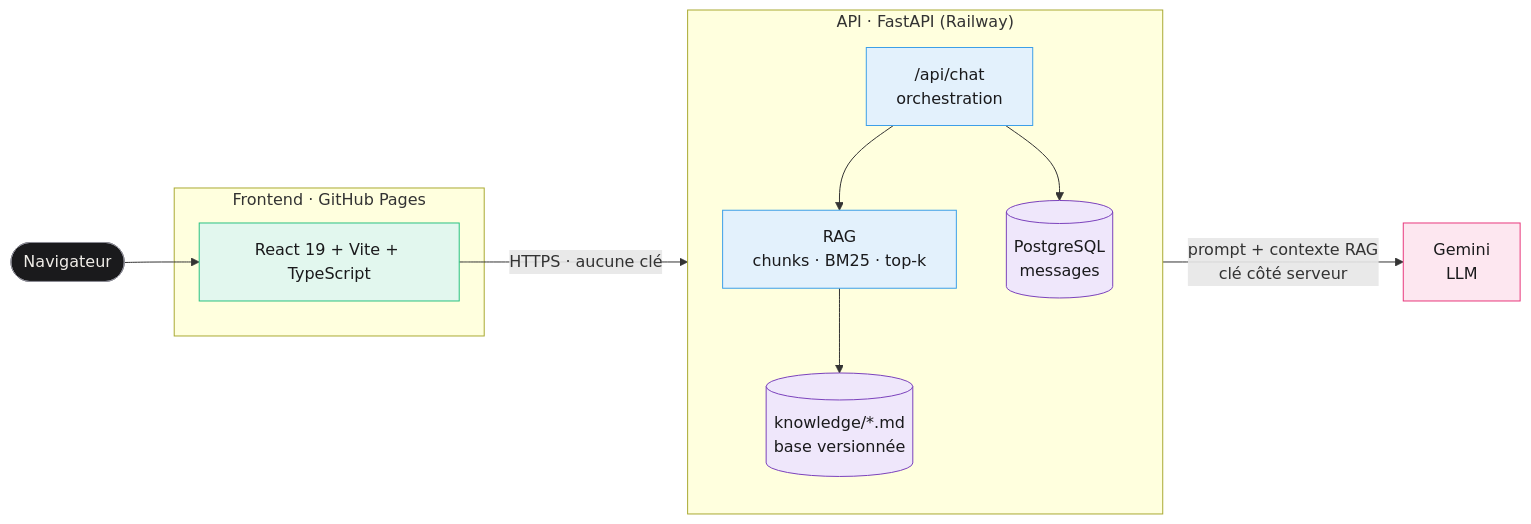
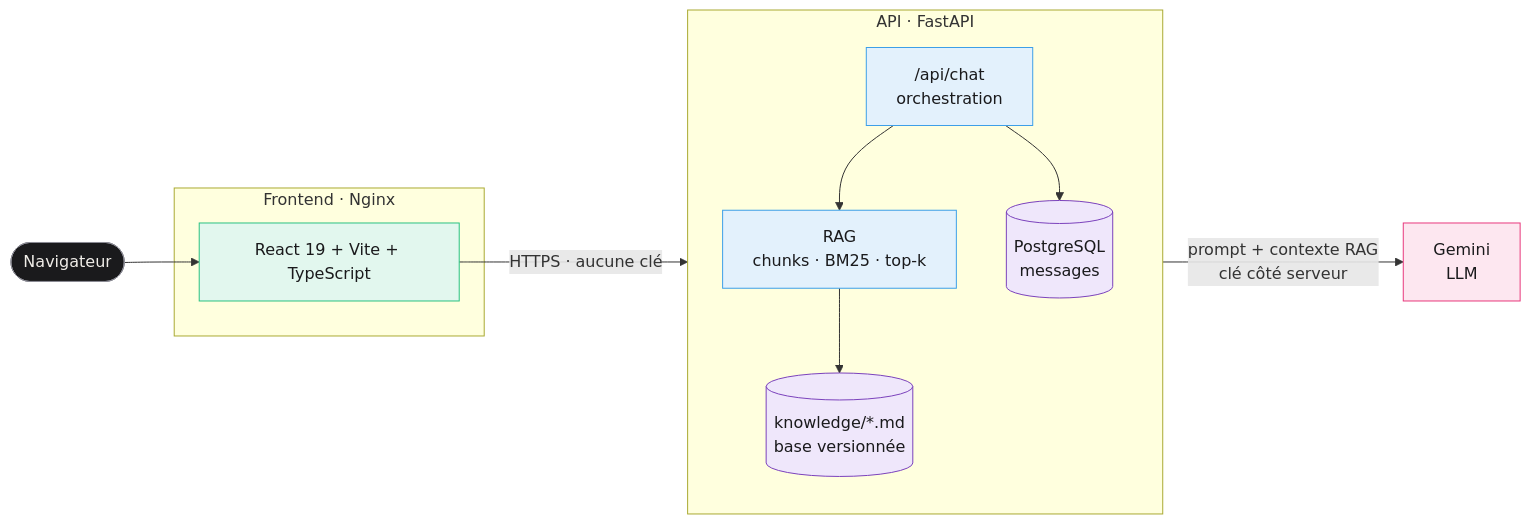
One commit to Salma2002ba/SlimAI-CHAT changed the first of 2 diagrams in README.md. Above: the diagram before and after it, drawn with Mermaid. The commit also changed other lines of this file and 8 other files, not shown here.

Commit message:
Retrait du déploiement GitHub Pages

````diff
--- a/README.md
+++ b/README.md
@@ -71,30 +51,30 @@
 ```mermaid
 flowchart LR
     user(["Navigateur"]):::user
 
-    subgraph front["Frontend · GitHub Pages"]
+    subgraph front["Frontend · Nginx"]
         ui["React 19 + Vite + TypeScript"]:::front
     end
 
-    subgraph api["API · FastAPI (Railway)"]
+    subgraph api["API · FastAPI"]
         direction TB
         chat["/api/chat<br/>orchestration"]:::api
         rag["RAG<br/>chunks · BM25 · top-k"]:::api
         kb[("knowledge/*.md<br/>base versionnée")]:::data
         db[("PostgreSQL<br/>messages")]:::data
         chat --> rag --> kb
         chat --> db
     end
 
     llm["Gemini<br/>LLM"]:::llm
 
     user --> ui
     ui -- "HTTPS · aucune clé" --> chat
     chat -- "prompt + contexte RAG<br/>clé côté serveur" --> llm
 
     classDef user fill:#1a1a1c,stroke:#8b8b94,color:#f0ede8
     classDef front fill:#e2f7ee,stroke:#29c282,color:#1a1a1c
     classDef api fill:#e3f1fc,stroke:#3d9fe8,color:#1a1a1c
     classDef data fill:#efe7fb,stroke:#7B42BC,color:#1a1a1c
     classDef llm fill:#fde7f0,stroke:#e8397d,color:#1a1a1c
 ```
````
